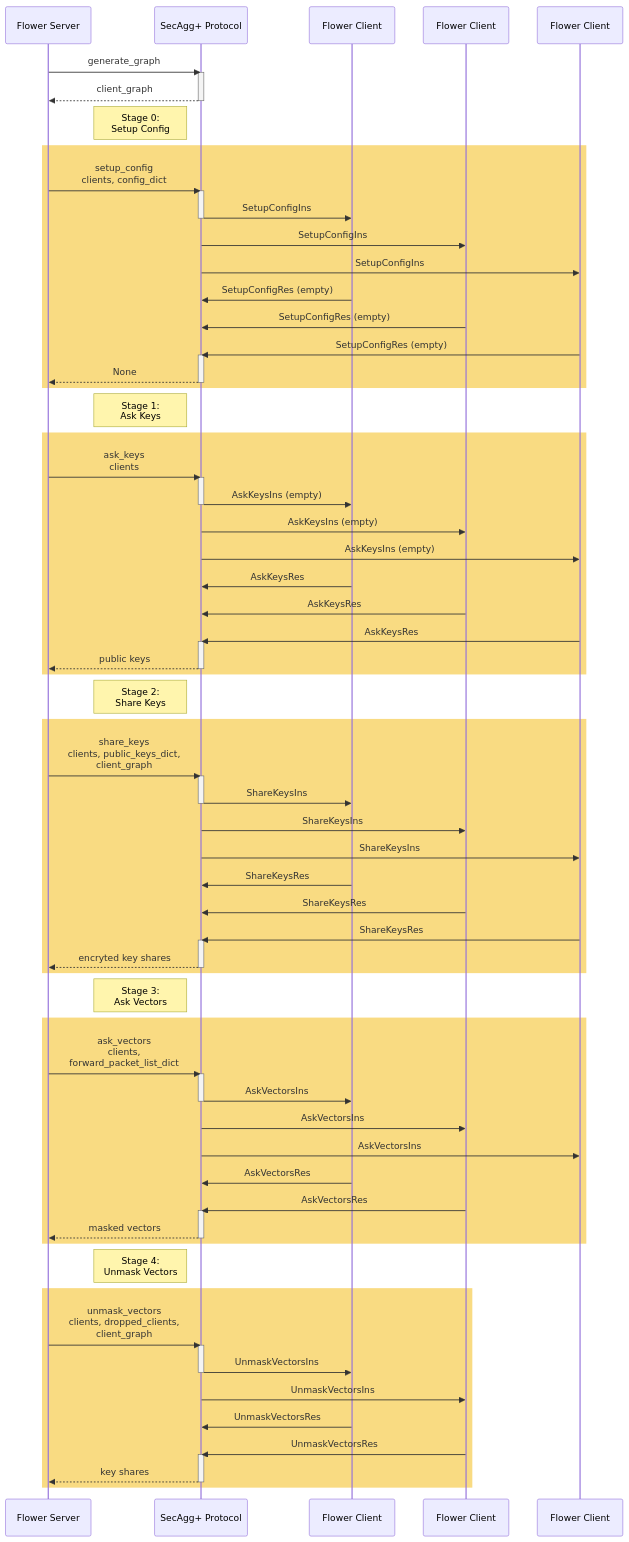
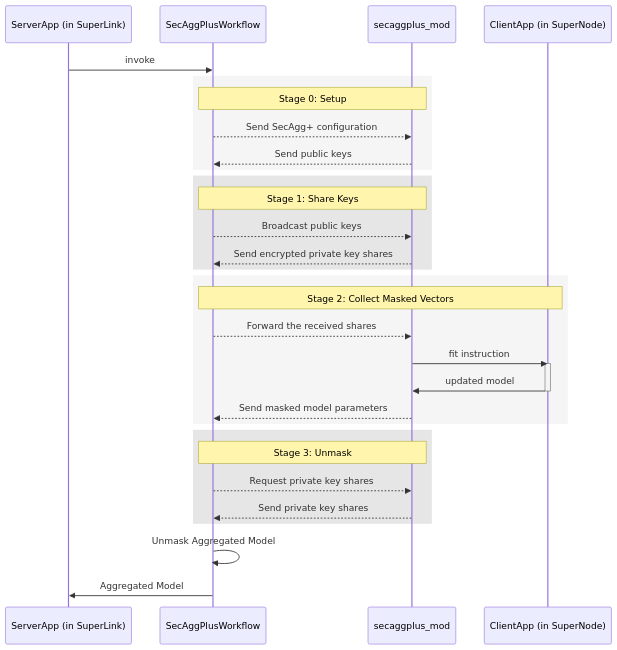
The first of 2 diagrams in doc/source/contributor-ref-secure-aggregation-protocols.rst (adap/flower), drawn with Mermaid before and after one commit. The commit also changed other lines of this file, not shown here.

Commit message:
add mermaid

```diff
--- a/doc/source/contributor-ref-secure-aggregation-protocols.rst
+++ b/doc/source/contributor-ref-secure-aggregation-protocols.rst
@@ -69,90 +17,38 @@
 .. mermaid::
+    sequenceDiagram
+        participant ServerApp as ServerApp (in SuperLink)
+        participant SecAggPlusWorkflow
+        participant ClientApp as secaggplus_mod
+        participant RealClientApp as ClientApp (in SuperNode)
 
-    sequenceDiagram
-        participant S as Flower Server
-        participant P as SecAgg+ Protocol
-        participant C1 as Flower Client
-        participant C2 as Flower Client
-        participant C3 as Flower Client
+        ServerApp->>SecAggPlusWorkflow: invoke
 
-        S->>P: generate_graph
-        activate P
-        P-->>S: client_graph
-        deactivate P
-
-        Note left of P: Stage 0:<br/>Setup Config
-        rect rgb(249, 219, 130)
-        S->>P: setup_config<br/>clients, config_dict
-        activate P
-        P->>C1: SetupConfigIns
-        deactivate P
-        P->>C2: SetupConfigIns
-        P->>C3: SetupConfigIns
-        C1->>P: SetupConfigRes (empty)
-        C2->>P: SetupConfigRes (empty)
-        C3->>P: SetupConfigRes (empty)
-        activate P
-        P-->>S: None
-        deactivate P
+        rect rgb(245, 245, 245)
+        note over SecAggPlusWorkflow,ClientApp: Stage 0: Setup
+        SecAggPlusWorkflow-->>ClientApp: Send SecAgg+ configuration
+        ClientApp-->>SecAggPlusWorkflow: Send public keys
         end
 
-        Note left of P: Stage 1:<br/>Ask Keys
-        rect rgb(249, 219, 130)
-        S->>P: ask_keys<br/>clients
-        activate P
-        P->>C1: AskKeysIns (empty)
-        deactivate P
-        P->>C2: AskKeysIns (empty)
-        P->>C3: AskKeysIns (empty)
-        C1->>P: AskKeysRes
-        C2->>P: AskKeysRes
-        C3->>P: AskKeysRes
-        activate P
-        P-->>S: public keys
-        deactivate P
+        rect rgb(230, 230, 230)
+        note over SecAggPlusWorkflow,ClientApp: Stage 1: Share Keys
+        SecAggPlusWorkflow-->>ClientApp: Broadcast public keys
+        ClientApp-->>SecAggPlusWorkflow: Send encrypted private key shares
         end
 
-        Note left of P: Stage 2:<br/>Share Keys
-        rect rgb(249, 219, 130)
-        S->>P: share_keys<br/>clients, public_keys_dict,<br/>client_graph
-        activate P
-        P->>C1: ShareKeysIns
-        deactivate P
-        P->>C2: ShareKeysIns
-        P->>C3: ShareKeysIns
-        C1->>P: ShareKeysRes
-        C2->>P: ShareKeysRes
-        C3->>P: ShareKeysRes
-        activate P
-        P-->>S: encryted key shares
-        deactivate P
+        rect rgb(245, 245, 245)
+        note over SecAggPlusWorkflow,RealClientApp: Stage 2: Collect Masked Vectors
+        SecAggPlusWorkflow-->>ClientApp: Forward the received shares
+        ClientApp->>RealClientApp: fit instruction
+        activate RealClientApp
+        RealClientApp->>ClientApp: updated model
+        deactivate RealClientApp
+        ClientApp-->>SecAggPlusWorkflow: Send masked model parameters
         end
 
-        Note left of P: Stage 3:<br/>Ask Vectors
-        rect rgb(249, 219, 130)
-        S->>P: ask_vectors<br/>clients,<br/>forward_packet_list_dict
-        activate P
-        P->>C1: AskVectorsIns
-        deactivate P
-        P->>C2: AskVectorsIns
-        P->>C3: AskVectorsIns
-        C1->>P: AskVectorsRes
-        C2->>P: AskVectorsRes
-        activate P
-        P-->>S: masked vectors
-        deactivate P
+        rect rgb(230, 230, 230)
+        note over SecAggPlusWorkflow,ClientApp: Stage 3: Unmask
+        SecAggPlusWorkflow-->>ClientApp: Request private key shares
+        ClientApp-->>SecAggPlusWorkflow: Send private key shares
         end
-
-        Note left of P: Stage 4:<br/>Unmask Vectors
-        rect rgb(249, 219, 130)
-        S->>P: unmask_vectors<br/>clients, dropped_clients,<br/>client_graph
-        activate P
-        P->>C1: UnmaskVectorsIns
-        deactivate P
-        P->>C2: UnmaskVectorsIns
-        C1->>P: UnmaskVectorsRes
-        C2->>P: UnmaskVectorsRes
-        activate P
-        P-->>S: key shares
-        deactivate P
-        end
+        SecAggPlusWorkflow->>SecAggPlusWorkflow: Unmask Aggregated Model
+        SecAggPlusWorkflow->>ServerApp: Aggregated Model
```
